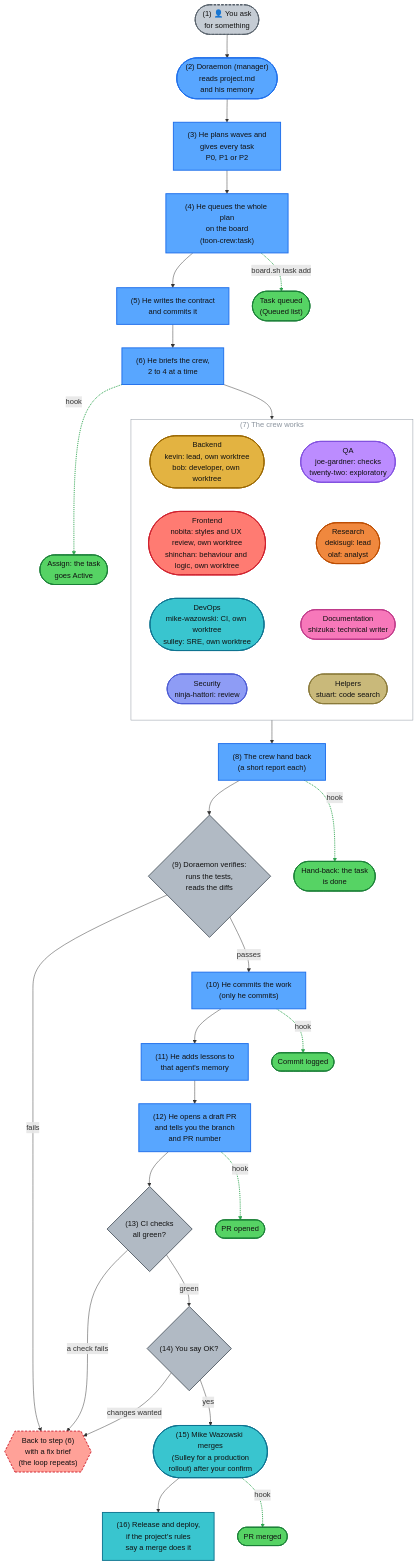
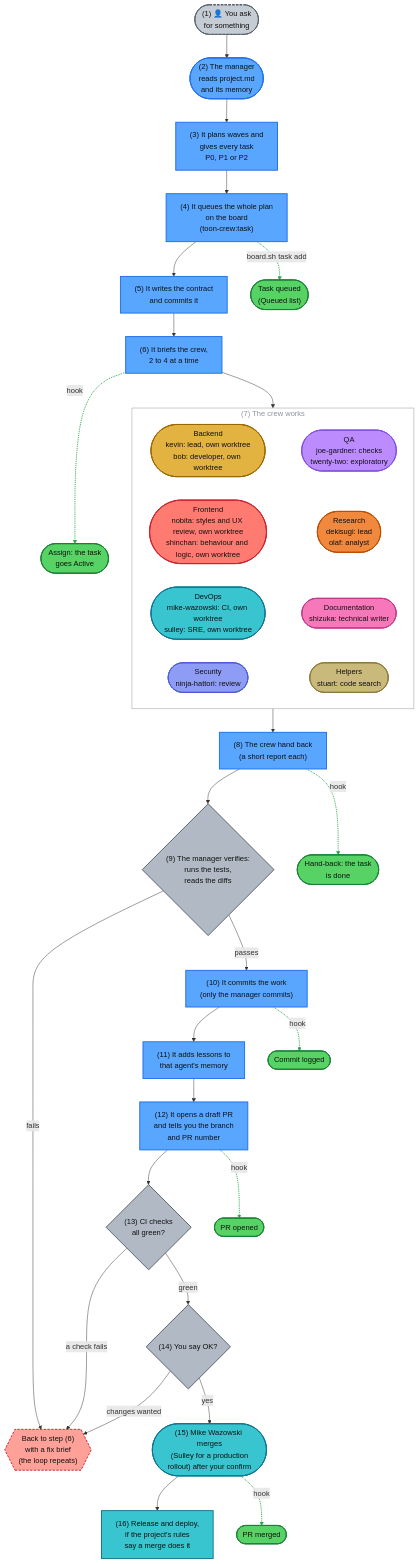
The first of 4 diagrams in docs/how-it-works.md (amanpatil808/claude-crew), drawn with Mermaid before and after one commit. The commit also changed other lines of this file and 5 other files, not shown here.

First line of the commit message:
Docs: say "the manager" in prose, name Doraemon once per doc

````diff
--- a/docs/how-it-works.md
+++ b/docs/how-it-works.md
@@ -9,11 +9,11 @@
 ```mermaid
 flowchart TD
     S1(["(1) 👤 You ask<br/>for something"])
-    S2(["(2) Doraemon (manager)<br/>reads project.md<br/>and his memory"])
-    S3["(3) He plans waves and<br/>gives every task<br/>P0, P1 or P2"]
-    S4["(4) He queues the whole plan<br/>on the board<br/>(toon-crew:task)"]
-    S5["(5) He writes the contract<br/>and commits it"]
-    S6["(6) He briefs the crew,<br/>2 to 4 at a time"]
+    S2(["(2) The manager<br/>reads project.md<br/>and its memory"])
+    S3["(3) It plans waves and<br/>gives every task<br/>P0, P1 or P2"]
+    S4["(4) It queues the whole plan<br/>on the board<br/>(toon-crew:task)"]
+    S5["(5) It writes the contract<br/>and commits it"]
+    S6["(6) It briefs the crew,<br/>2 to 4 at a time"]
 
     subgraph CREW["(7) The crew works"]
         BE(["Backend<br/>kevin: lead, own worktree<br/>bob: developer, own worktree"])
@@ -27,10 +27,10 @@
     end
 
     S8["(8) The crew hand back<br/>(a short report each)"]
-    S9{"(9) Doraemon verifies:<br/>runs the tests,<br/>reads the diffs"}
-    S10["(10) He commits the work<br/>(only he commits)"]
-    S11["(11) He adds lessons to<br/>that agent's memory"]
-    S12["(12) He opens a draft PR<br/>and tells you the branch<br/>and PR number"]
+    S9{"(9) The manager verifies:<br/>runs the tests,<br/>reads the diffs"}
+    S10["(10) It commits the work<br/>(only the manager commits)"]
+    S11["(11) It adds lessons to<br/>that agent's memory"]
+    S12["(12) It opens a draft PR<br/>and tells you the branch<br/>and PR number"]
     S13{"(13) CI checks<br/>all green?"}
     S14{"(14) You say OK?"}
     S15(["(15) Mike Wazowski merges<br/>(Sulley for a production<br/>rollout) after your confirm"])
````
